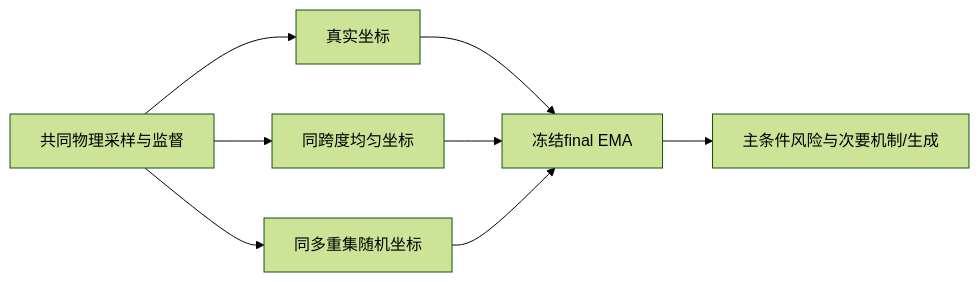
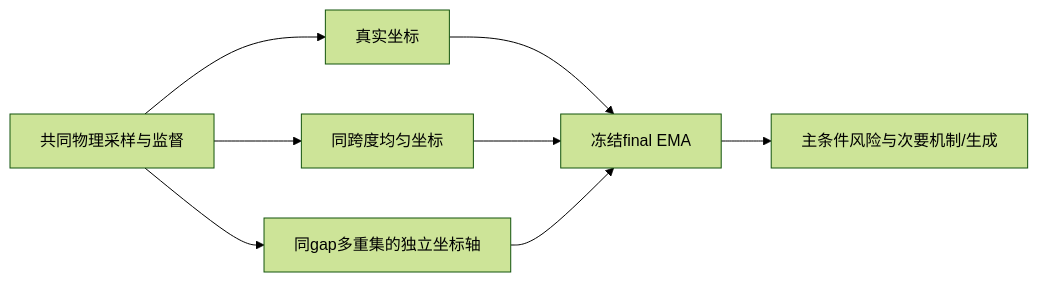
One commit to zxfly666/ISM changed the diagram in experiments/fine-geometry-identification/README.md. Above: the diagram before and after it, drawn with Mermaid (forest theme). The commit also changed other lines of this file and 15 other files, not shown here.

````diff
--- a/experiments/fine-geometry-identification/README.md
+++ b/experiments/fine-geometry-identification/README.md
@@ -30,10 +30,10 @@
 ```mermaid
 flowchart LR
   P[共同物理采样与监督] --> F[真实坐标]
   P --> S[同跨度均匀坐标]
-  P --> R[同多重集随机坐标]
+  P --> R[同gap多重集的独立坐标轴]
   F --> E[冻结final EMA]
   S --> E
   R --> E
   E --> H[主条件风险与次要机制/生成]
 ```
````
